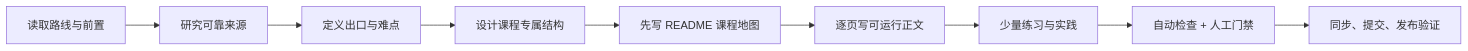
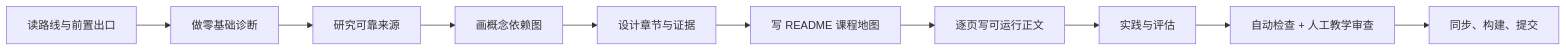
One commit to PainterDiri/Game-Development-Knowledge changed the diagram in standards/generation-workflow.md. Above: the diagram before and after it, drawn with Mermaid. The commit also changed other lines of this file and 80 other files, not shown here.

````diff
--- a/standards/generation-workflow.md
+++ b/standards/generation-workflow.md
@@ -5,11 +5,12 @@
 ```mermaid
 flowchart LR
-    A[读取路线与前置] --> B[研究可靠来源]
-    B --> C[定义出口与难点]
-    C --> D[设计课程专属结构]
-    D --> E[先写 README 课程地图]
-    E --> F[逐页写可运行正文]
-    F --> G[少量练习与实践]
-    G --> H[自动检查 + 人工门禁]
-    H --> I[同步、提交、发布验证]
+    A[读路线与前置出口] --> B[做零基础诊断]
+    B --> C[研究可靠来源]
+    C --> D[画概念依赖图]
+    D --> E[设计章节与证据]
+    E --> F[写 README 课程地图]
+    F --> G[逐页写可运行正文]
+    G --> H[实践与评估]
+    H --> I[自动检查 + 人工教学审查]
+    I --> J[同步、构建、提交]
 ```
````
